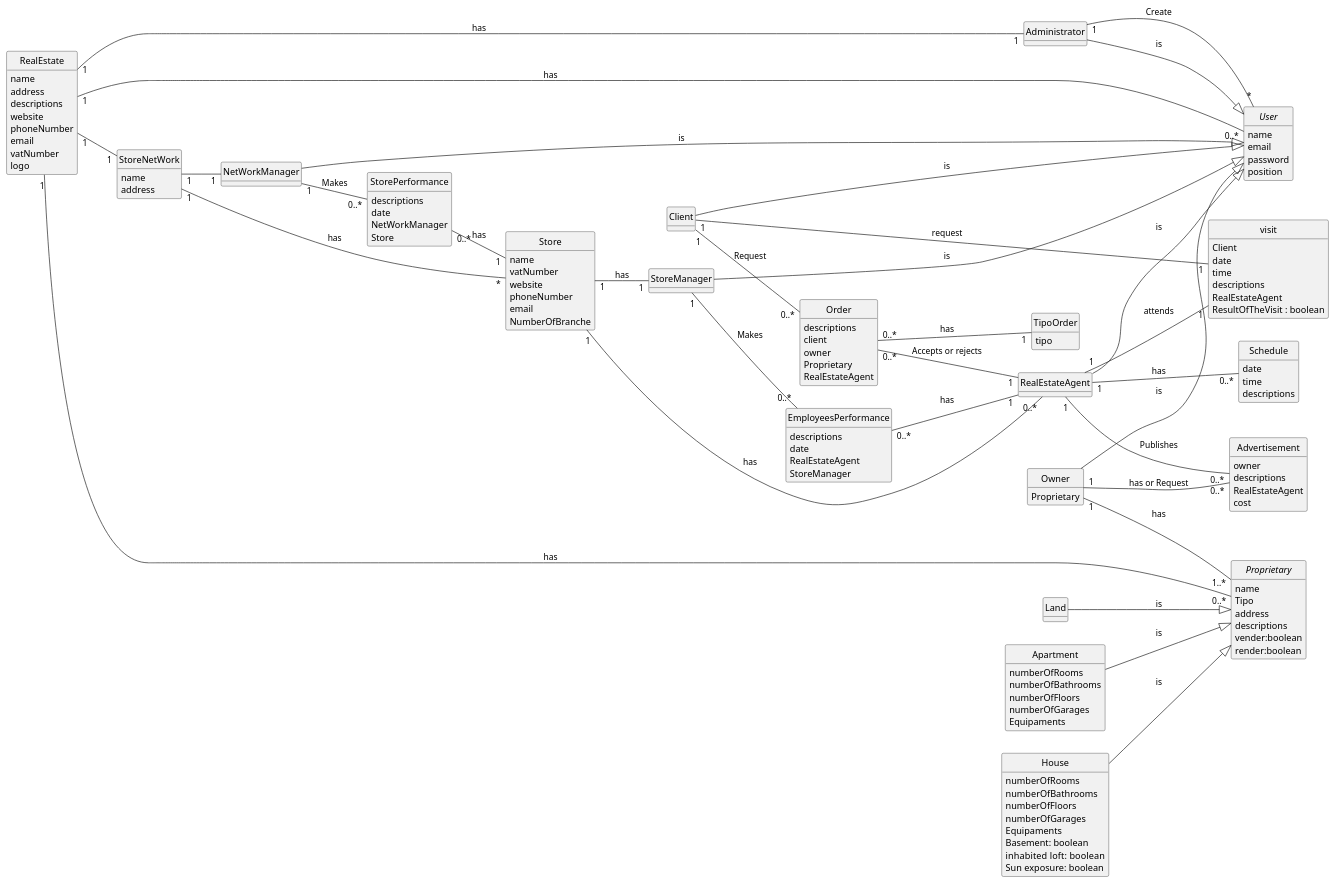
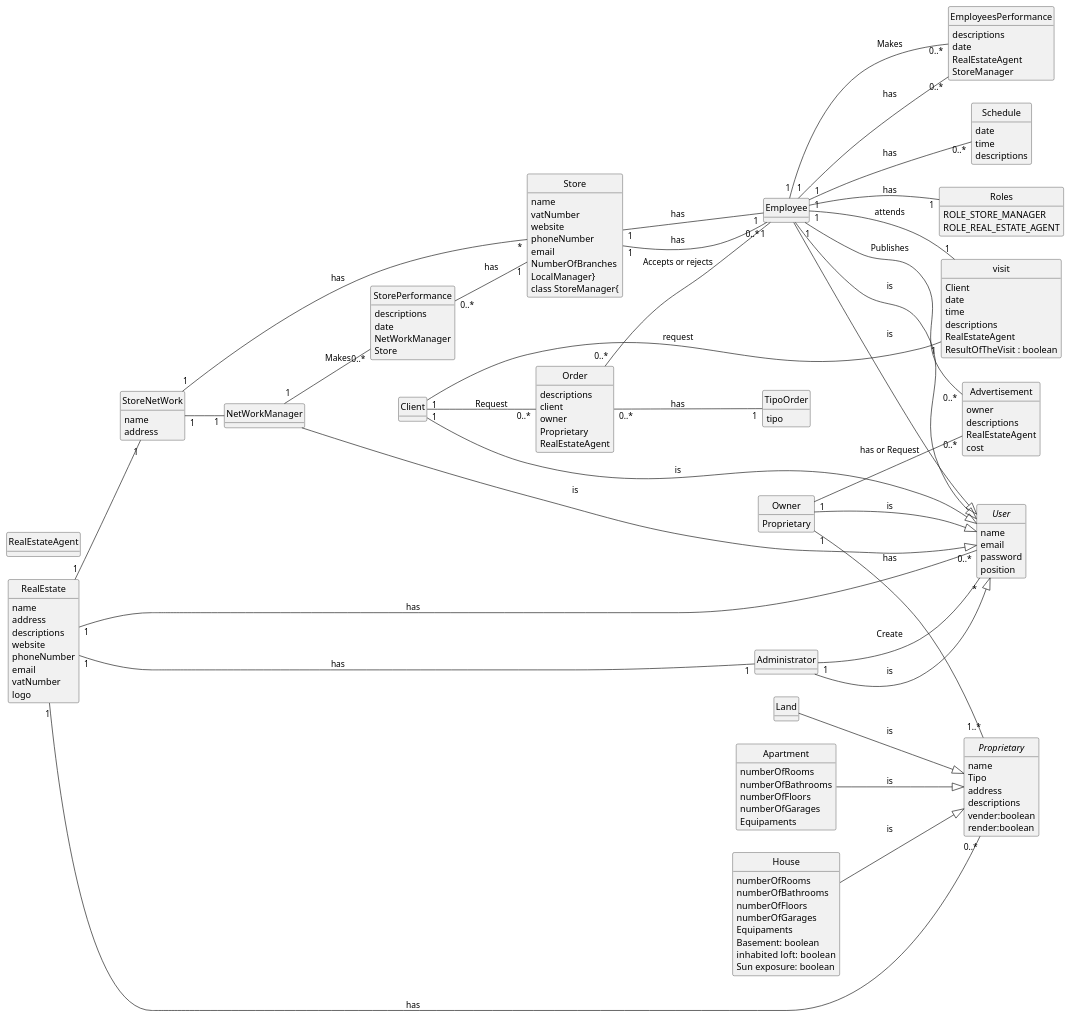
The diagram in lei-22-s2-1do-g68/docs/sprintA/global-artifacts/02.analysis/puml/project-domain-model.puml (hugosilva2901/lei-22-s2-1DO-g68), drawn with PlantUML before and after one commit. The commit also changed 2 other files, not shown here.

Commit message:
update domai model employee and roles update readme na us003

```diff
--- a/lei-22-s2-1do-g68/docs/sprintA/global-artifacts/02.analysis/puml/project-domain-model.puml
+++ b/lei-22-s2-1do-g68/docs/sprintA/global-artifacts/02.analysis/puml/project-domain-model.puml
@@ -1,170 +1,176 @@
 @startuml
 skinparam monochrome true
 skinparam packageStyle rectangle
 skinparam shadowing false
 'skinparam linetype ortho
 'left to right direction
 skinparam classAttributeIconSize 0
 hide circle
 hide methods
 left to right direction
 
 
 'title Domain Model
 
 'class Platform {
 '  -description
 '}
 
 class RealEstate {
     name
     address
     descriptions
     website
     phoneNumber
     email
     vatNumber
     logo
 }
 class RealEstateAgent {
 
 }
 
 class Client {
 
 }
 class Owner {
  Proprietary
 }
 abstract class User {
     name
     email
     password
     position
 }
 abstract class Proprietary {
     name
     Tipo
     address
     descriptions
     vender:boolean
     render:boolean
 }
 class Land{
 }
 
 class Apartment{
 numberOfRooms
 numberOfBathrooms
 numberOfFloors
 numberOfGarages
 Equipaments
 
 }
 class House{
 numberOfRooms
     numberOfBathrooms
     numberOfFloors
     numberOfGarages
     Equipaments
     Basement: boolean
     inhabited  loft: boolean
     Sun exposure: boolean
 
 }
 class Advertisement{
     owner
     descriptions
     RealEstateAgent
     cost
 }
 class Schedule{
     date
     time
     descriptions
 }
 class visit{
     Client
     date
     time
     descriptions
     RealEstateAgent
     ResultOfTheVisit : boolean
 }
 class Order{
     descriptions
     client
     owner
     Proprietary
     RealEstateAgent
 }
 
 enum TipoOrder{
 tipo
 }
 class StoreNetWork{
 name
 address
 }
 class Store{
 name
 vatNumber
 website
 phoneNumber
 email
-NumberOfBranche
-}
+NumberOfBranches
+LocalManager}
 class StoreManager{
 
 }
 class NetWorkManager{
 }
 class StorePerformance{
 descriptions
 date
 NetWorkManager
 Store
 }
 class Administrator{
 }
 class EmployeesPerformance{
 descriptions
 date
 RealEstateAgent
 StoreManager
 }
-
+class Employee{
+}
+enum Roles{
+    ROLE_STORE_MANAGER
+    ROLE_REAL_ESTATE_AGENT
+}
+Employee "1"--"1" Roles : has
 RealEstate "1"--"1" StoreNetWork
 StoreNetWork "1"--"*" Store : has
-Store "1"--"1" StoreManager :has
+Store "1"--"1" Employee :has
 StoreNetWork "1"--"1" NetWorkManager
 
 Administrator "1"--"*" User : Create
 
 Administrator --|> User : is
-StoreManager --|> User : is
+Employee --|> User : is
 NetWorkManager --|> User : is
-RealEstateAgent  --|>  User : is
+Employee  --|>  User : is
 Owner  --|>  User : is
 Client  --|>  User : is
 RealEstate "1"--" 0..*" User : has
 House  --|>  Proprietary : is
 Apartment  --|>  Proprietary : is
 RealEstate "1"--"0..*" Proprietary : has
 Land  --|>  Proprietary : is
 Owner "1"--"0..*"Advertisement : has or Request
-RealEstateAgent "1"--"0..*"Advertisement : Publishes
+Employee "1"--"0..*"Advertisement : Publishes
 Client "1"--"1"visit : request
-RealEstateAgent "1"--"1"visit : attends
-RealEstateAgent "1"--"0..*"Schedule : has
+Employee "1"--"1"visit : attends
+Employee "1"--"0..*"Schedule : has
 Order "0..*"--"1" TipoOrder : has
-Store "1"--"0..*" RealEstateAgent : has
+Store "1"--"0..*" Employee : has
 Client "1"--"0..*" Order : Request
-Order "0..*"--"1" RealEstateAgent : Accepts or rejects
-StoreManager "1"--"0..*" EmployeesPerformance : Makes
-EmployeesPerformance "0..*"--"1" RealEstateAgent : has
+Order "0..*"--"1" Employee : Accepts or rejects
+Employee "1"--"0..*" EmployeesPerformance : Makes
+EmployeesPerformance "0..*"--"1" Employee : has
 RealEstate "1"--"1" Administrator : has
 Owner "1"--"1..*" Proprietary : has
 NetWorkManager "1"--"0..*" StorePerformance : Makes
 StorePerformance "0..*"--"1" Store : has
 @enduml
```
